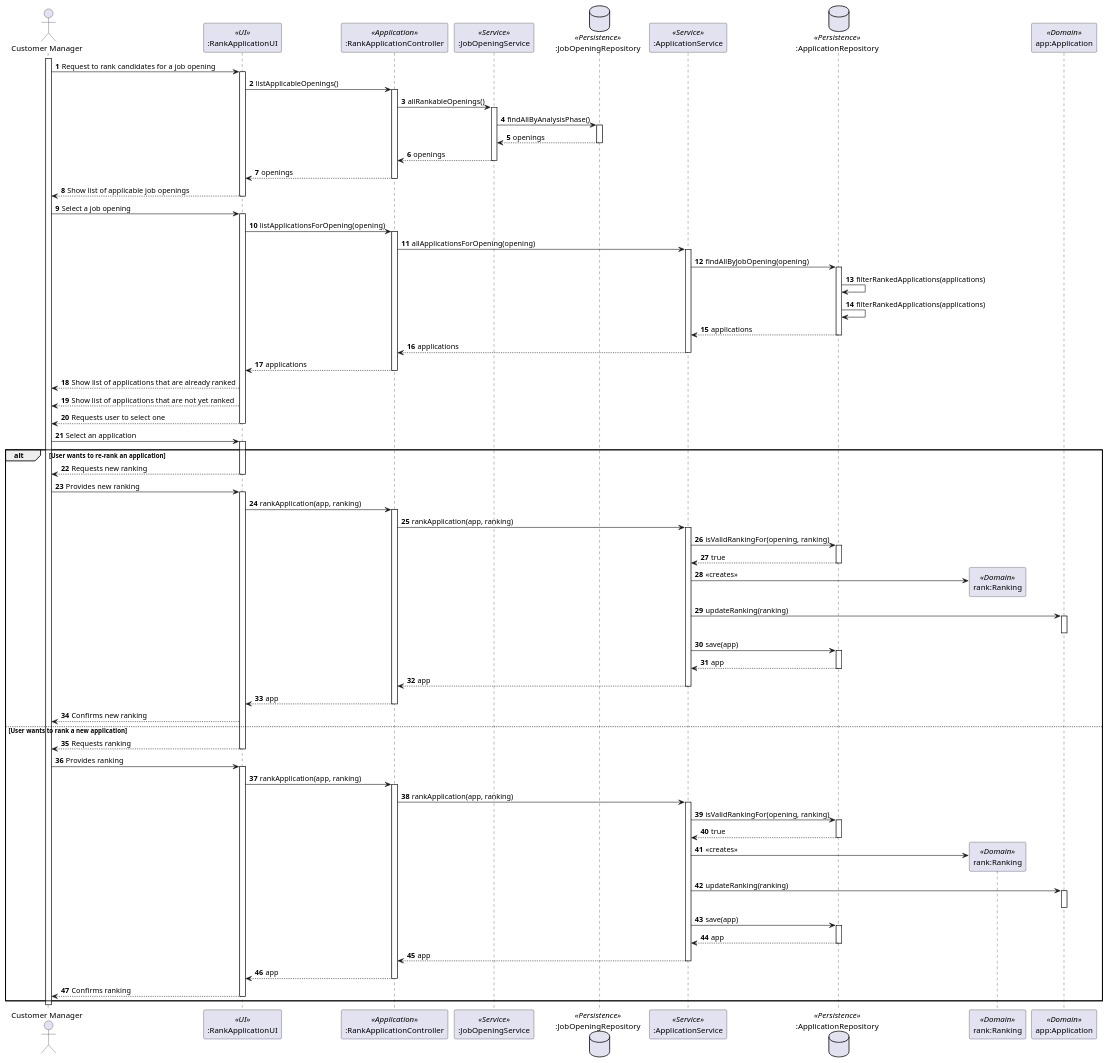
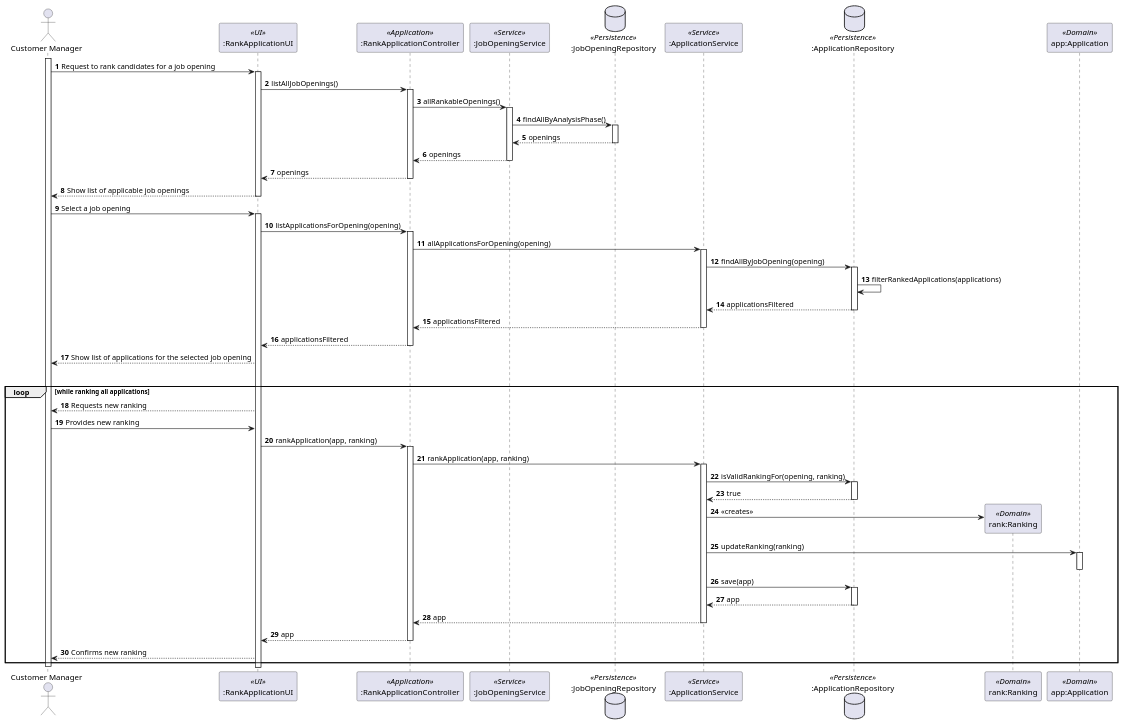
The diagram in docs/sprintC/1013/1013-sequence-diagram.puml (marcoferreira37/Lapr4), drawn with PlantUML before and after one commit. The commit also changed 2 other files, not shown here.

Commit message:
#35 SD, classes JobOpeningService and RankApplicationUI updated

```diff
--- a/docs/sprintC/1013/1013-sequence-diagram.puml
+++ b/docs/sprintC/1013/1013-sequence-diagram.puml
@@ -1,129 +1,99 @@
 @startuml
 
 actor "Customer Manager" as Agent
 participant ":RankApplicationUI" as ui <<UI>>
 participant ":RankApplicationController" as ctrl <<Application>>
 participant ":JobOpeningService" as jobServ <<Service>>
 database ":JobOpeningRepository" as jobRepo <<Persistence>>
 participant ":ApplicationService" as appServ <<Service>>
 database ":ApplicationRepository" as appRepo <<Persistence>>
 participant "rank:Ranking" as rank <<Domain>>
 participant "app:Application" as app <<Domain>>
 
 autonumber
 
 activate Agent
 
 Agent -> ui: Request to rank candidates for a job opening
 activate ui
-ui -> ctrl: listApplicableOpenings()
+ui -> ctrl: listAllJobOpenings()
 activate ctrl
 ctrl -> jobServ: allRankableOpenings()
 activate jobServ
 jobServ -> jobRepo: findAllByAnalysisPhase()
 activate jobRepo
 jobRepo --> jobServ: openings
 deactivate
 jobServ --> ctrl: openings
 deactivate
 ctrl --> ui: openings
 deactivate
 ui --> Agent: Show list of applicable job openings
 deactivate
 Agent -> ui : Select a job opening
 activate ui
 
 
 
 ui -> ctrl: listApplicationsForOpening(opening)
 
 activate ctrl
 
 ctrl -> appServ: allApplicationsForOpening(opening)
 
 
 
 
 activate appServ
 appServ -> appRepo: findAllByJobOpening(opening)
 activate appRepo
 appRepo -> appRepo : filterRankedApplications(applications)
-appRepo -> appRepo : filterRankedApplications(applications)
-appRepo --> appServ: applications
+appRepo --> appServ: applicationsFiltered
 deactivate
 
-appServ --> ctrl: applications
+appServ --> ctrl: applicationsFiltered
 deactivate
 
-ctrl --> ui: applications
+ctrl --> ui: applicationsFiltered
 deactivate
 
-ui --> Agent : Show list of applications that are already ranked
-ui --> Agent : Show list of applications that are not yet ranked
-ui --> Agent : Requests user to select one
-deactivate
-Agent -> ui : Select an application
-activate ui
+ui --> Agent : Show list of applications for the selected job opening
 alt User wants to re-rank an application
+loop while ranking all applications
+
 ui --> Agent : Requests new ranking
-deactivate
+
 Agent -> ui : Provides new ranking
-activate ui
 ui -> ctrl : rankApplication(app, ranking)
+
 activate ctrl
 ctrl -> appServ : rankApplication(app, ranking)
+
 activate appServ
 appServ -> appRepo : isValidRankingFor(opening, ranking)
 activate appRepo
 appRepo --> appServ : true
 deactivate
 appServ -> rank** : «creates»
 appServ -> app : updateRanking(ranking)
 activate app
 deactivate
 
 appServ -> appRepo : save(app)
 activate appRepo
 appRepo --> appServ : app
 deactivate
 appServ --> ctrl : app
 deactivate
 ctrl --> ui : app
 deactivate
 ui --> Agent  : Confirms new ranking
 
-else User wants to rank a new application
-ui --> Agent : Requests ranking
-deactivate
-Agent -> ui : Provides ranking
-activate ui
-ui -> ctrl : rankApplication(app, ranking)
-activate ctrl
-ctrl -> appServ : rankApplication(app, ranking)
-activate appServ
-appServ -> appRepo : isValidRankingFor(opening, ranking)
-activate appRepo
-appRepo --> appServ : true
-deactivate
-appServ -> rank** : «creates»
-appServ -> app : updateRanking(ranking)
-activate app
-deactivate
 
-appServ -> appRepo : save(app)
-activate appRepo
-appRepo --> appServ : app
-deactivate
-appServ --> ctrl : app
-deactivate
-ctrl --> ui : app
-deactivate
-ui --> Agent  : Confirms ranking
-deactivate ui
+end loop
 
-end alt
 deactivate Agent
 
 
 
 @enduml
```
